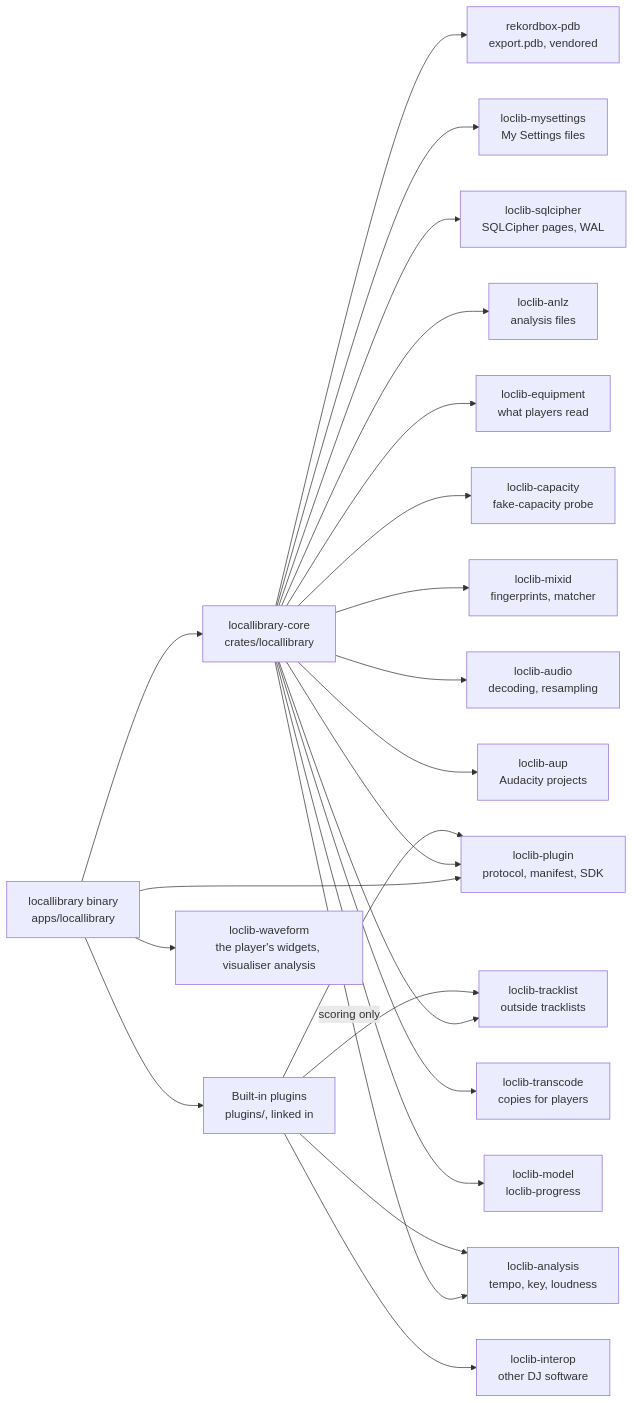
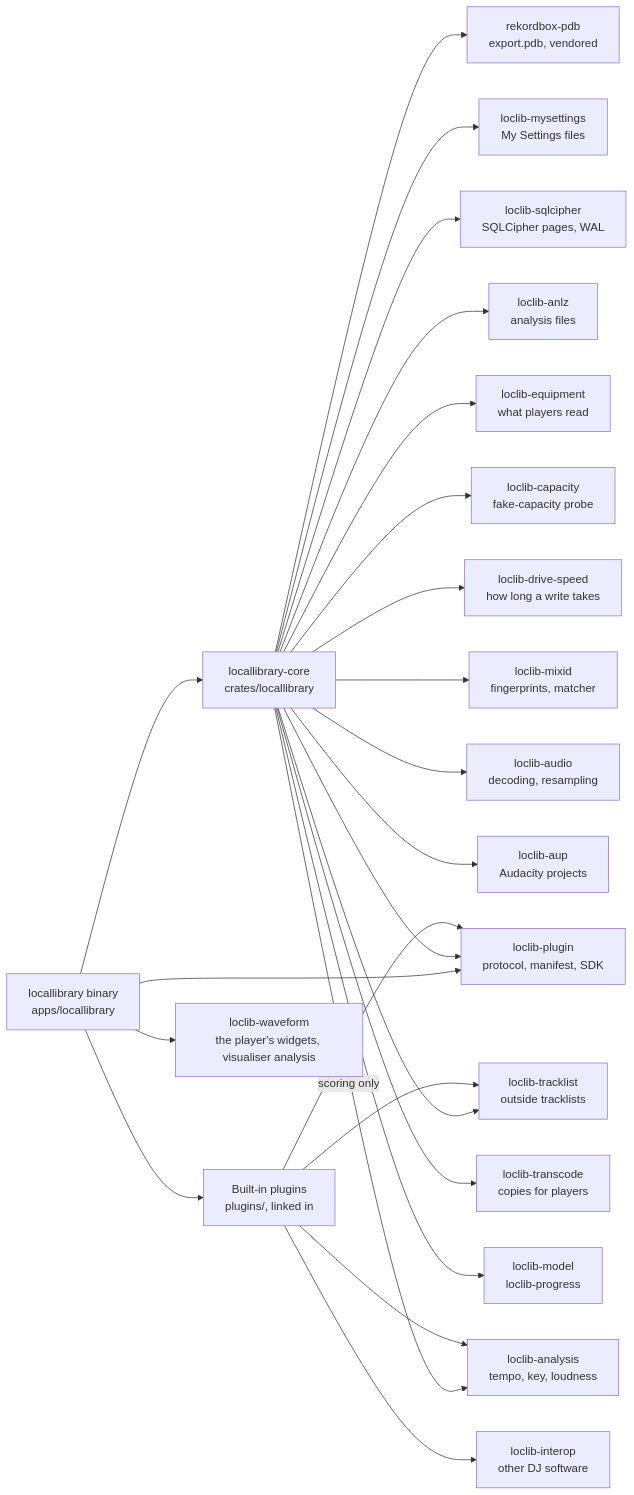
Before and after one commit to cutenode/localnetwork: the second of 11 diagrams in apps/locallibrary/README.md, drawn with Mermaid. The commit also changed other lines of this file and 35 other files, not shown here.

````diff
--- a/apps/locallibrary/README.md
+++ b/apps/locallibrary/README.md
@@ -289,25 +291,26 @@
 ```mermaid
 flowchart LR
     bin["locallibrary binary<br/>apps/locallibrary"] --> core["locallibrary-core<br/>crates/locallibrary"]
     bin --> plugins["Built-in plugins<br/>plugins/, linked in"]
     bin --> wave["loclib-waveform<br/>the player's widgets, visualiser analysis"]
     bin --> sdk["loclib-plugin<br/>protocol, manifest, SDK"]
     core --> sdk
     core --> pdb["rekordbox-pdb<br/>export.pdb, vendored"]
     core --> set["loclib-mysettings<br/>My Settings files"]
     core --> sqlc["loclib-sqlcipher<br/>SQLCipher pages, WAL"]
     core --> anlz["loclib-anlz<br/>analysis files"]
     core --> equip["loclib-equipment<br/>what players read"]
     core --> cap["loclib-capacity<br/>fake-capacity probe"]
+    core --> speed["loclib-drive-speed<br/>how long a write takes"]
     core --> track["loclib-tracklist<br/>outside tracklists"]
     core --> mixid["loclib-mixid<br/>fingerprints, matcher"]
     core --> audio["loclib-audio<br/>decoding, resampling"]
     core --> aup["loclib-aup<br/>Audacity projects"]
     core -->|scoring only| sound["loclib-analysis<br/>tempo, key, loudness"]
     core --> trans["loclib-transcode<br/>copies for players"]
     core --> model["loclib-model<br/>loclib-progress"]
     plugins --> sdk
     plugins --> interop["loclib-interop<br/>other DJ software"]
     plugins --> sound
     plugins --> track
 ```
````
